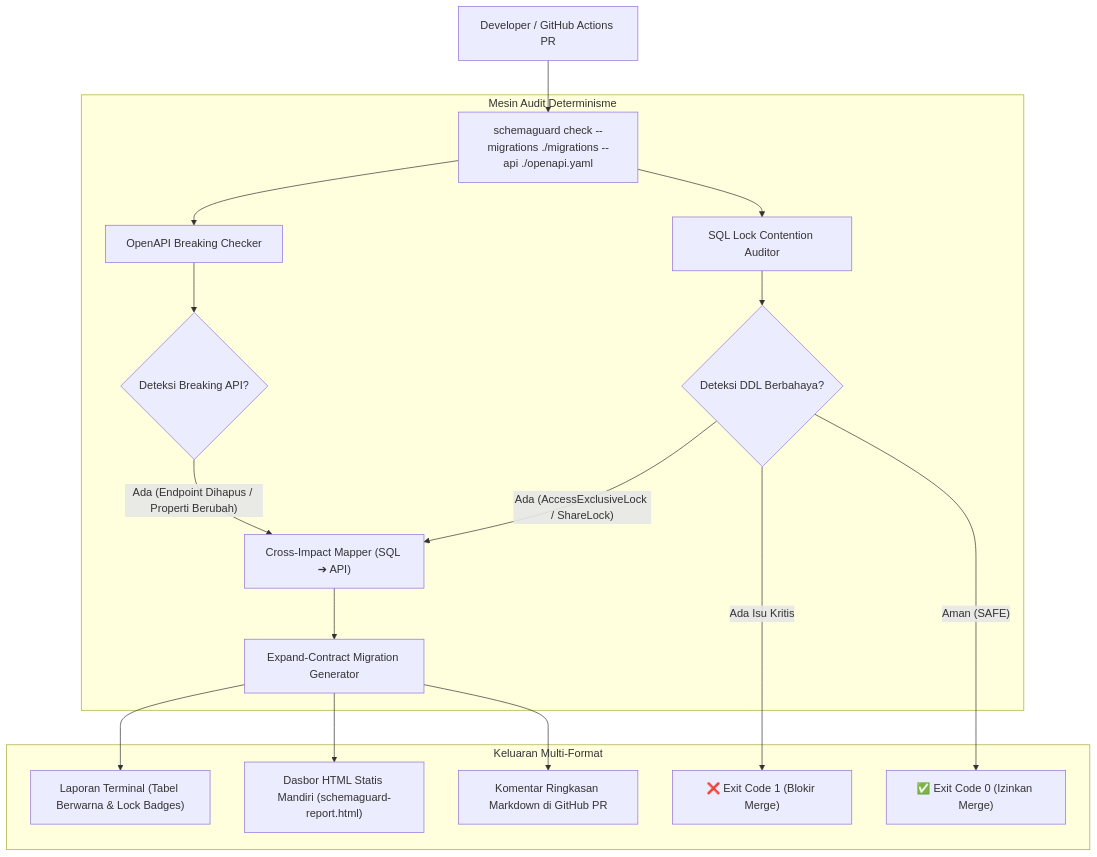
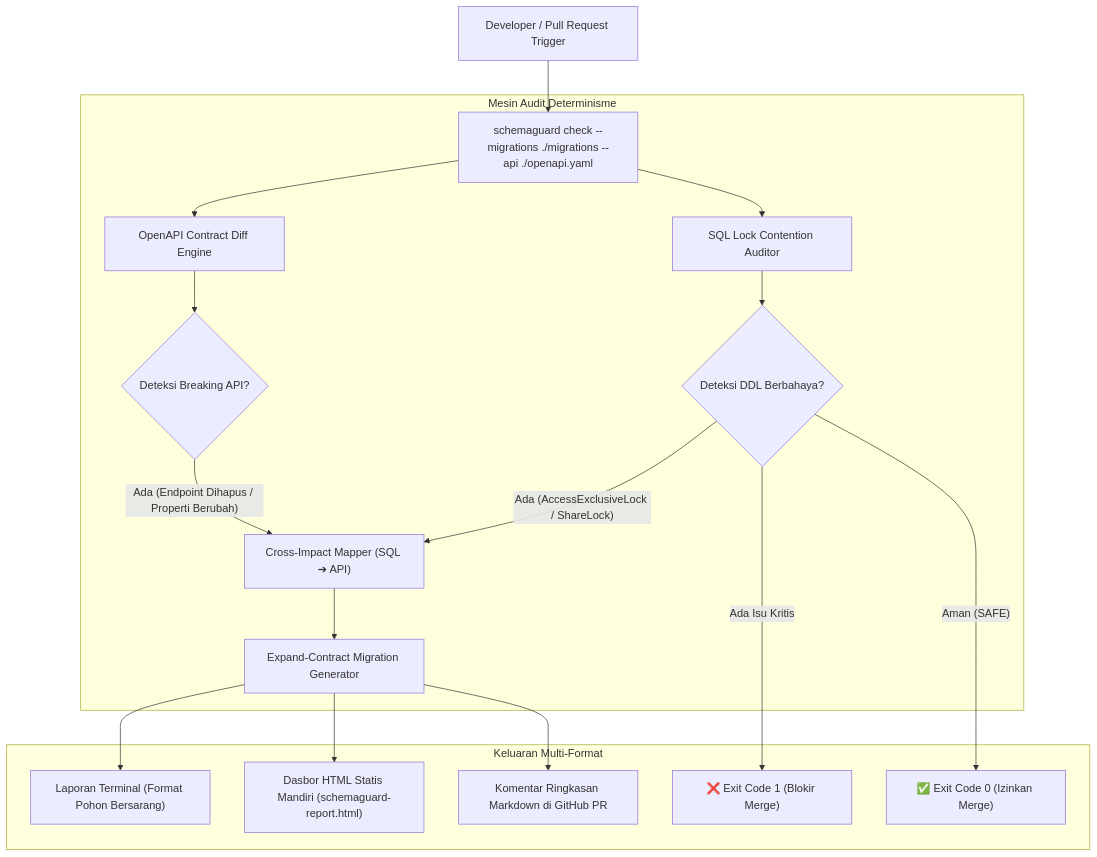
Before and after one commit to ChoqySirait/schemaguard: the diagram in README.md, drawn with Mermaid. The commit also changed other lines of this file, not shown here.

````diff
--- a/README.md
+++ b/README.md
@@ -29,26 +33,26 @@
 ```mermaid
 flowchart TD
-    A["Developer / GitHub Actions PR"] --> B["schemaguard check --migrations ./migrations --api ./openapi.yaml"]
+    A["Developer / Pull Request Trigger"] --> B["schemaguard check --migrations ./migrations --api ./openapi.yaml"]
 
     subgraph Auditor ["Mesin Audit Determinisme"]
         B --> C["SQL Lock Contention Auditor"]
-        B --> D["OpenAPI Breaking Checker"]
+        B --> D["OpenAPI Contract Diff Engine"]
 
         C --> E{"Deteksi DDL Berbahaya?"}
         D --> F{"Deteksi Breaking API?"}
 
         E -- "Ada (AccessExclusiveLock / ShareLock)" --> G["Cross-Impact Mapper (SQL ➔ API)"]
         F -- "Ada (Endpoint Dihapus / Properti Berubah)" --> G
 
         G --> H["Expand-Contract Migration Generator"]
     end
 
     subgraph Output ["Keluaran Multi-Format"]
-        H --> I["Laporan Terminal (Tabel Berwarna & Lock Badges)"]
+        H --> I["Laporan Terminal (Format Pohon Bersarang)"]
         H --> J["Dasbor HTML Statis Mandiri (schemaguard-report.html)"]
         H --> K["Komentar Ringkasan Markdown di GitHub PR"]
 
         E -- "Ada Isu Kritis" --> L["❌ Exit Code 1 (Blokir Merge)"]
         E -- "Aman (SAFE)" --> M["✅ Exit Code 0 (Izinkan Merge)"]
     end
 ```
````
